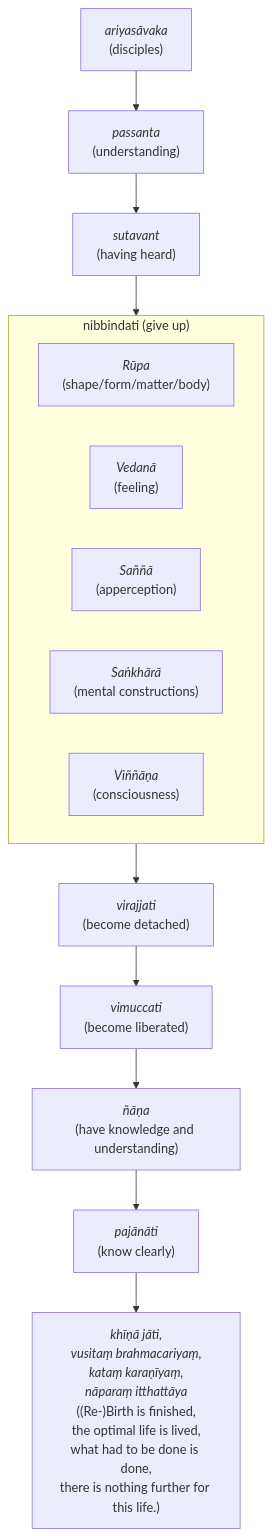
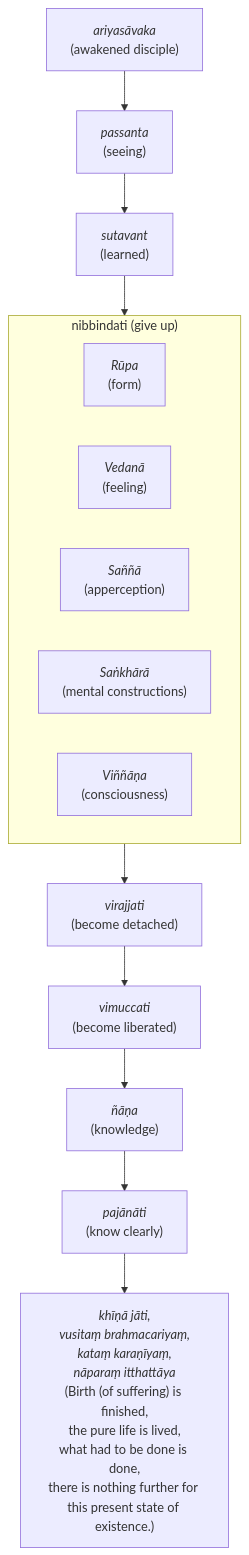
The second of 2 diagrams in src/content/docs/Sutta/collections.mdx (ChristineTham/buddhavacana), drawn with Mermaid before and after one commit. The commit also changed other lines of this file, not shown here.

````diff
--- a/src/content/docs/Sutta/collections.mdx
+++ b/src/content/docs/Sutta/collections.mdx
@@ -191,37 +191,37 @@
 ```mermaid
 graph
   A["`*ariyasāvaka*
-  (disciples)`"] --> P
+  (awakened disciple)`"] --> P
   P["`*passanta*
-  (understanding)`"] --> A0
+  (seeing)`"] --> A0
   A0["`*sutavant*
-  (having heard)`"] --> A1
+  (learned)`"] --> A1
 subgraph A1["nibbindati (give up)"]
     R["`*Rūpa*
-    (shape/form/matter/body)`"]
+    (form)`"]
     V["`*Vedanā*
     (feeling)`"]
     S["`*Saññā*
     (apperception)`"]
     S2["`*Saṅkhārā*
     (mental constructions)`"]
     V2["`*Viññāṇa*
     (consciousness)`"]
   end
 A1 --> A2["`*virajjati*
 (become detached)`"] -->
 A3["`*vimuccati*
 (become liberated)`"] -->
 A4["`*ñāṇa*
-(have knowledge and understanding)`"] -->
+(knowledge)`"] -->
 A5["`*pajānāti*
 (know clearly)`"] -->
 A6["`*khīṇā jāti,
 vusitaṃ brahmacariyaṃ,
 kataṃ karaṇīyaṃ,
 nāparaṃ itthattāya*
-((Re-)Birth is finished,
-the optimal life is lived,
+(Birth (of suffering) is finished,
+the pure life is lived,
 what had to be done is done,
-there is nothing further for this life.)`"]
+there is nothing further for this present state of existence.)`"]
 ```
````
